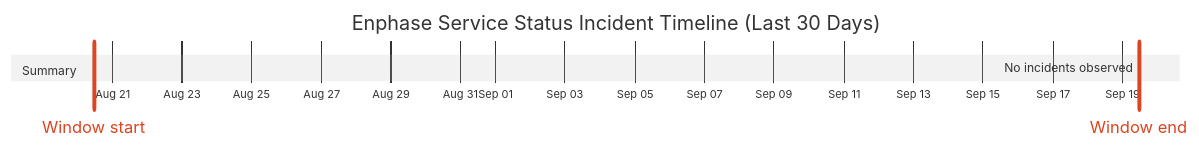
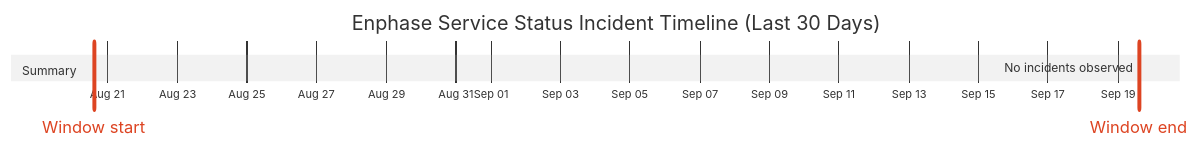
The diagram in wiki/Service-Status-History.md (barneyonline/ha-enphase-energy), drawn with Mermaid (neutral theme) before and after one commit. The commit also changed other lines of this file and 3 other files, not shown here.

````diff
--- a/wiki/Service-Status-History.md
+++ b/wiki/Service-Status-History.md
@@ -14,10 +14,10 @@
 ```mermaid
 gantt
     title Enphase Service Status Incident Timeline (Last 30 Days)
     dateFormat  YYYY-MM-DDTHH:mm:ss
     axisFormat  %b %d
-    Window start :vert, window-start, 2026-08-20T11:22:56, 0ms
-    Window end :vert, window-end, 2026-09-19T11:22:56, 0ms
+    Window start :vert, window-start, 2026-08-20T14:38:20, 0ms
+    Window end :vert, window-end, 2026-09-19T14:38:20, 0ms
     section Summary
-    No incidents observed :done, 2026-09-19T11:22:56, 1m
+    No incidents observed :done, 2026-09-19T14:38:20, 1m
 ```
````
